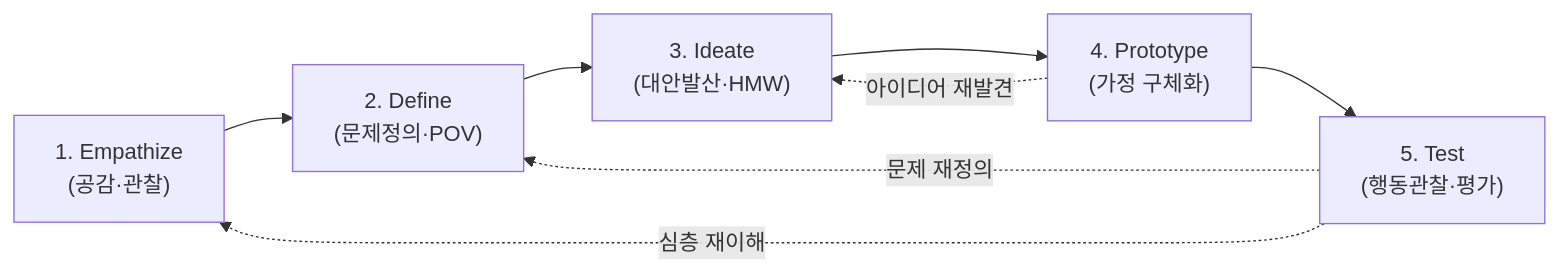
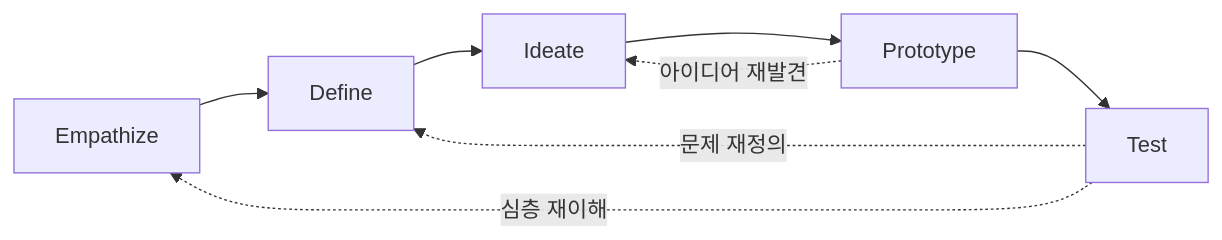
One commit to agnusdei1207/study changed the first of 4 diagrams in src/content/docs/notes/itpe/01-it-strategy/047_design_thinking.md. Above: the diagram before and after it, drawn with Mermaid. The commit also changed other lines of this file and 19 other files, not shown here.

````diff
--- a/src/content/docs/notes/itpe/01-it-strategy/047_design_thinking.md
+++ b/src/content/docs/notes/itpe/01-it-strategy/047_design_thinking.md
@@ -57,11 +60,11 @@
 ```mermaid
 flowchart LR
-    E["1. Empathize<br/>(공감·관찰)"] --> D["2. Define<br/>(문제정의·POV)"]
-    D --> I["3. Ideate<br/>(대안발산·HMW)"]
-    I --> P["4. Prototype<br/>(가정 구체화)"]
-    P --> T["5. Test<br/>(행동관찰·평가)"]
+    E["Empathize"] --> D["Define"]
+    D --> I["Ideate"]
+    I --> P["Prototype"]
+    P --> T["Test"]
 
     T -.->|심층 재이해| E
     T -.->|문제 재정의| D
     P -.->|아이디어 재발견| I
 ```
````
